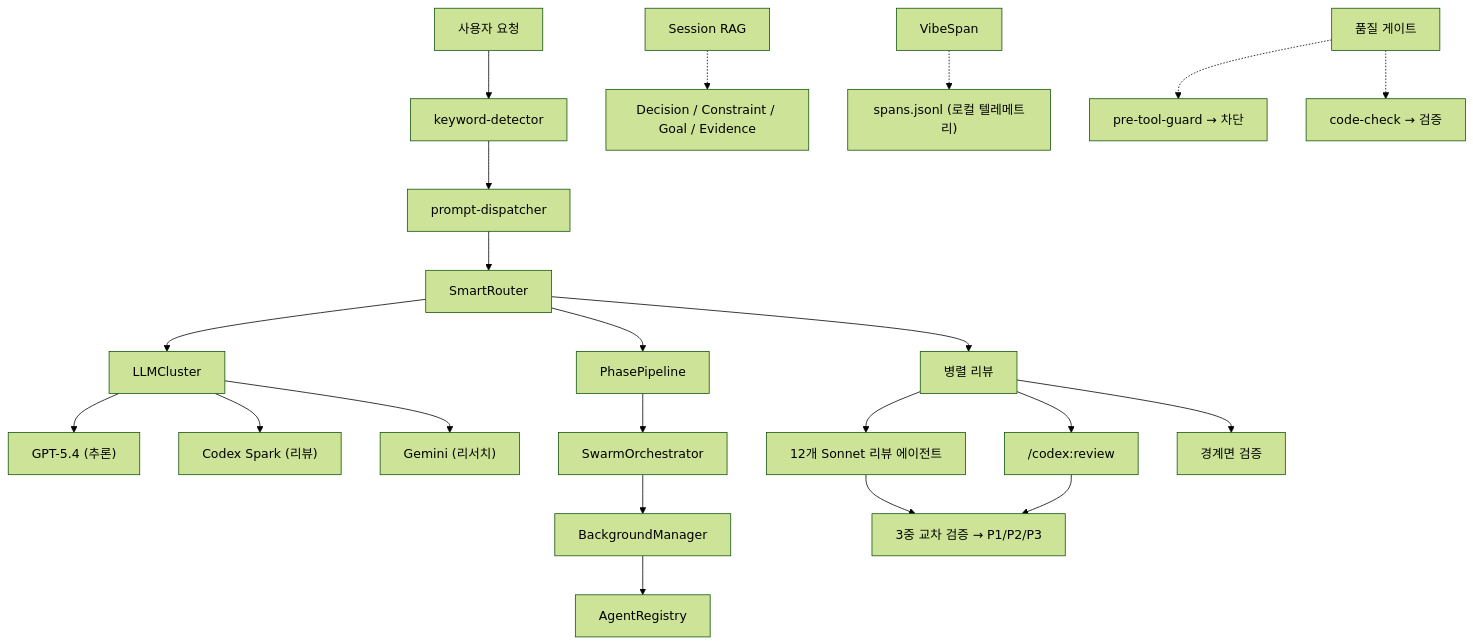
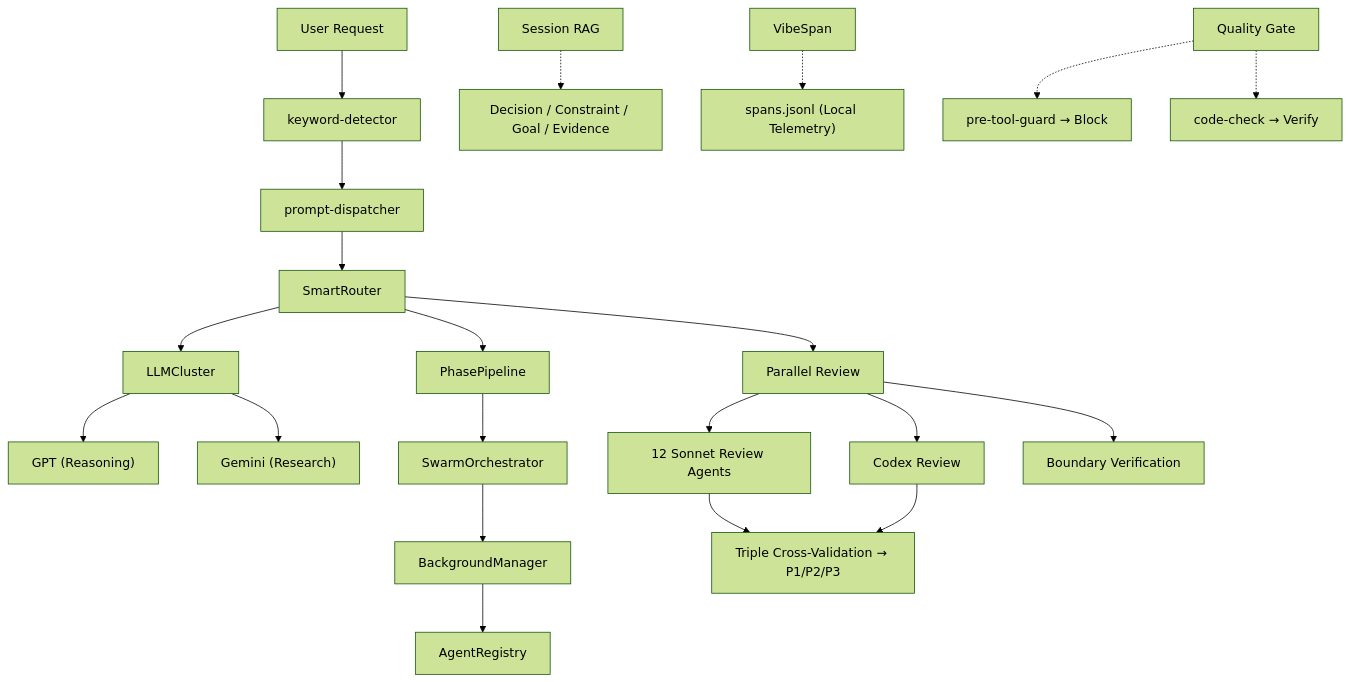
Before and after one commit to su-record/vibe: the second of 2 diagrams in README.md, drawn with Mermaid (forest theme). The commit also changed other lines of this file, not shown here.

````diff
--- a/README.md
+++ b/README.md
@@ -511,28 +454,27 @@
 ```mermaid
 flowchart TD
-    A["사용자 요청"] --> B["keyword-detector"]
+    A["User Request"] --> B["keyword-detector"]
     B --> C["prompt-dispatcher"]
     C --> D["SmartRouter"]
 
     D --> E["LLMCluster"]
-    E --> E1["GPT-5.4 (추론)"]
-    E --> E2["Codex Spark (리뷰)"]
-    E --> E3["Gemini (리서치)"]
+    E --> E1["GPT (Reasoning)"]
+    E --> E2["Gemini (Research)"]
 
     D --> F["PhasePipeline"]
     F --> G["SwarmOrchestrator"]
     G --> H["BackgroundManager"]
     H --> I["AgentRegistry"]
 
-    D --> J["병렬 리뷰"]
-    J --> J1["12개 Sonnet 리뷰 에이전트"]
-    J --> J2["/codex:review"]
-    J1 --> K["3중 교차 검증 → P1/P2/P3"]
+    D --> J["Parallel Review"]
+    J --> J1["12 Sonnet Review Agents"]
+    J --> J2["Codex Review"]
+    J1 --> K["Triple Cross-Validation → P1/P2/P3"]
     J2 --> K
-    J --> J3["경계면 검증"]
+    J --> J3["Boundary Verification"]
 
     L["Session RAG"] -.-> M["Decision / Constraint / Goal / Evidence"]
-    N["VibeSpan"] -.-> O["spans.jsonl (로컬 텔레메트리)"]
-    P["품질 게이트"] -.-> Q["pre-tool-guard → 차단"]
-    P -.-> R["code-check → 검증"]
+    N["VibeSpan"] -.-> O["spans.jsonl (Local Telemetry)"]
+    P["Quality Gate"] -.-> Q["pre-tool-guard → Block"]
+    P -.-> R["code-check → Verify"]
 ```
````
